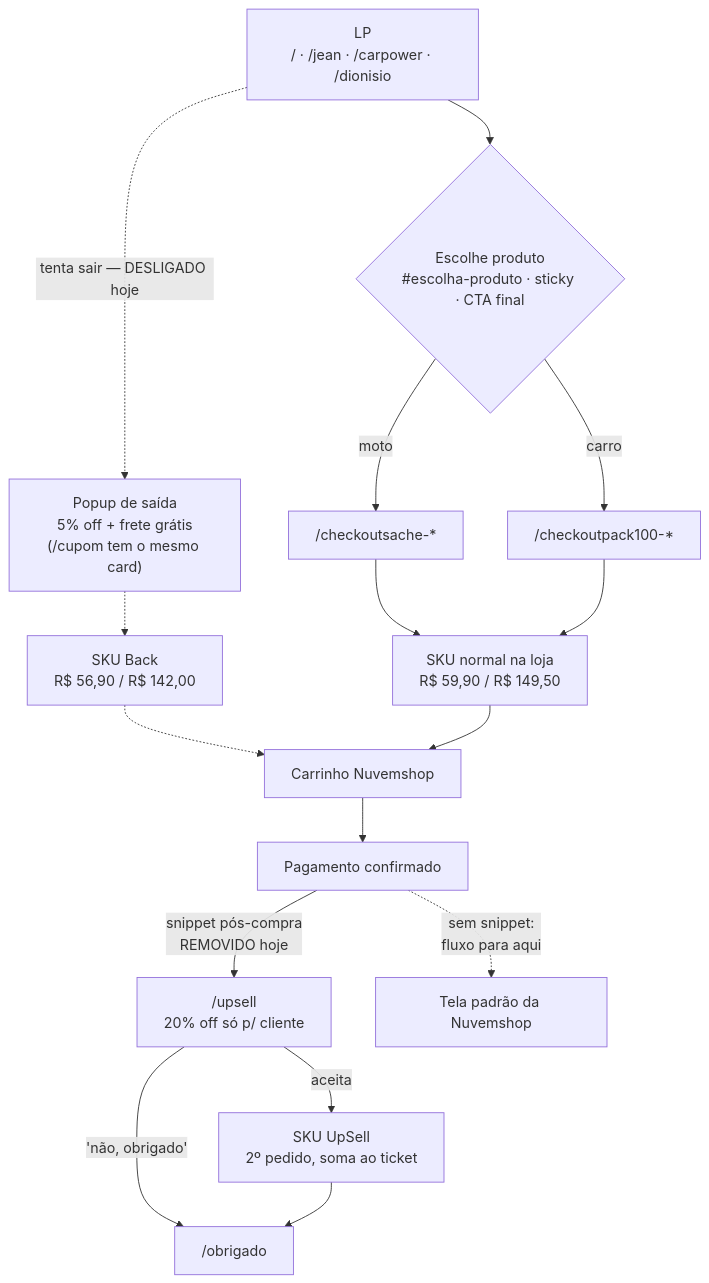
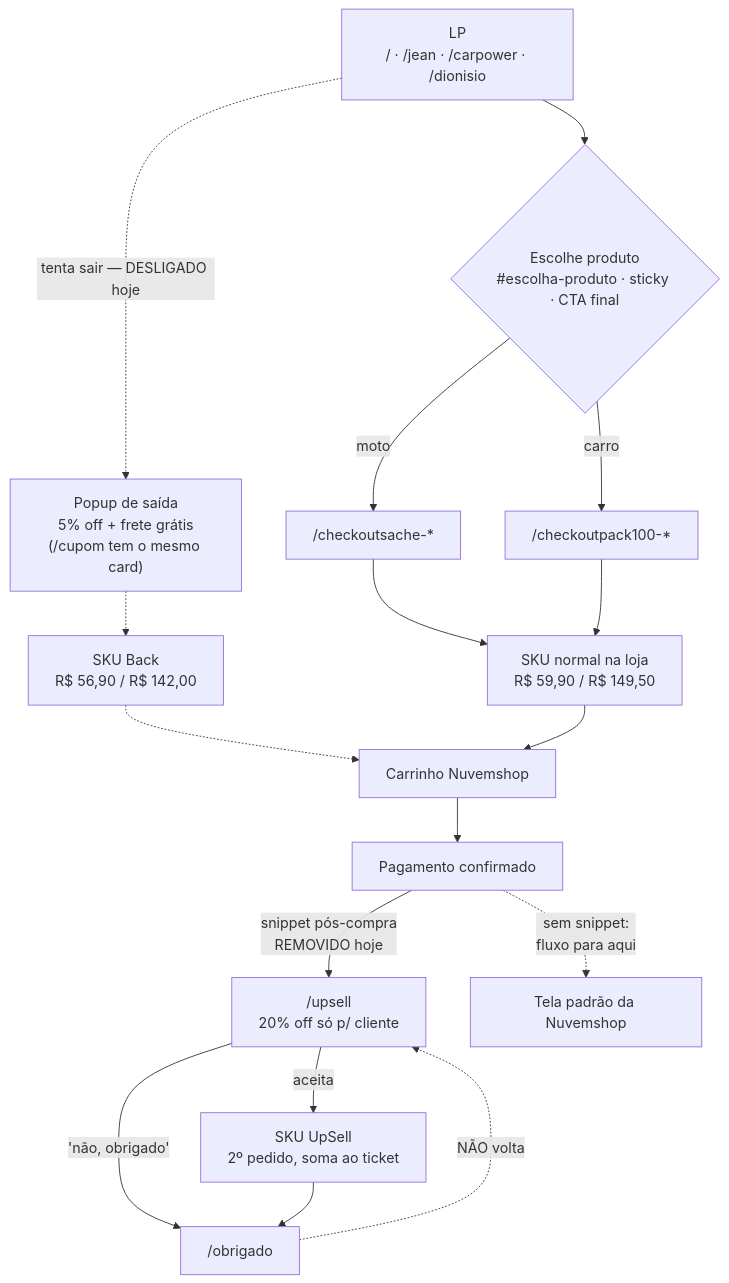
The diagram in docs/fluxo-checkout.md (ticarbovapt/carboze-lp-001), drawn with Mermaid before and after one commit. The commit also changed other lines of this file, not shown here.

````diff
--- a/docs/fluxo-checkout.md
+++ b/docs/fluxo-checkout.md
@@ -28,23 +28,24 @@
 ```mermaid
 flowchart TD
   LP["LP<br/>/ · /jean · /carpower · /dionisio"]
   LP --> ESC{"Escolhe produto<br/>#escolha-produto · sticky · CTA final"}
   ESC -->|moto| CS["/checkoutsache-*"]
   ESC -->|carro| CP["/checkoutpack100-*"]
 
   LP -.->|"tenta sair — DESLIGADO hoje"| POP["Popup de saída<br/>5% off + frete grátis<br/>(/cupom tem o mesmo card)"]
   POP -.-> SKUB["SKU Back<br/>R$ 56,90 / R$ 142,00"]
 
   CS --> SKUN["SKU normal na loja<br/>R$ 59,90 / R$ 149,50"]
   CP --> SKUN
   SKUB -.-> CART["Carrinho Nuvemshop"]
   SKUN --> CART
   CART --> PAG["Pagamento confirmado"]
 
   PAG -->|"snippet pós-compra<br/>REMOVIDO hoje"| UPS["/upsell<br/>20% off só p/ cliente"]
   PAG -.->|"sem snippet:<br/>fluxo para aqui"| NUV["Tela padrão da Nuvemshop"]
 
   UPS -->|aceita| SKUU["SKU UpSell<br/>2º pedido, soma ao ticket"]
   UPS -->|"'não, obrigado'"| OBG["/obrigado"]
   SKUU --> OBG
+  OBG -.->|"NÃO volta"| UPS
 ```
````
